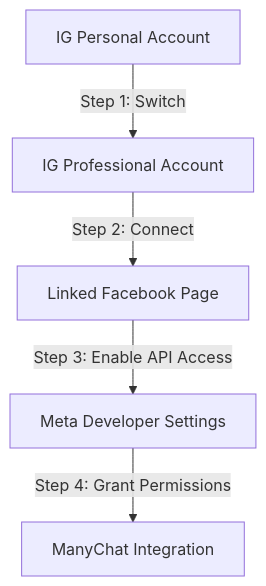
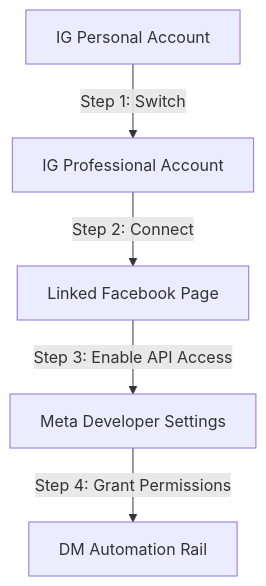
One commit to metrixmediagency/RepoShield changed the first of 2 diagrams in social_media/instagram_automation_roadmap.md. Above: the diagram before and after it, drawn with Mermaid. The commit also changed other lines of this file and 2 other files, not shown here.

````diff
--- a/social_media/instagram_automation_roadmap.md
+++ b/social_media/instagram_automation_roadmap.md
@@ -20,7 +20,7 @@
 ```mermaid
 graph TD
-    A[IG Personal Account] -->|Step 1: Switch| B[IG Professional Account]
-    B -->|Step 2: Connect| C[Linked Facebook Page]
-    C -->|Step 3: Enable API Access| D[Meta Developer Settings]
-    D -->|Step 4: Grant Permissions| E[ManyChat Integration]
+    A["IG Personal Account"] -->|Step 1: Switch| B["IG Professional Account"]
+    B -->|Step 2: Connect| C["Linked Facebook Page"]
+    C -->|Step 3: Enable API Access| D["Meta Developer Settings"]
+    D -->|Step 4: Grant Permissions| E["DM Automation Rail"]
 ```
````
